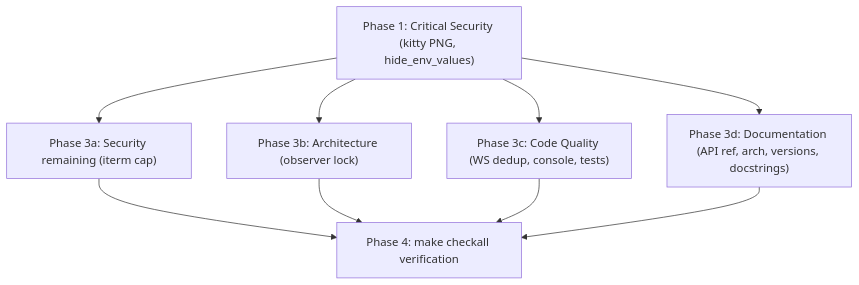
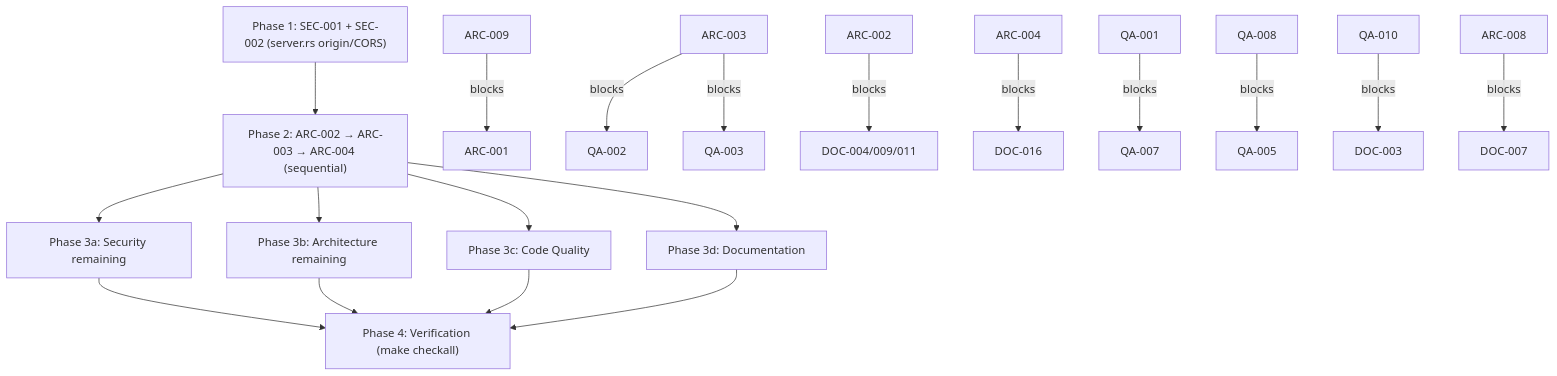
The diagram in AUDIT.md (paulrobello/par-term-emu-core-rust), drawn with Mermaid before and after one commit. The commit also changed other lines of this file and 8 other files, not shown here.

````diff
--- a/AUDIT.md
+++ b/AUDIT.md
@@ -287,12 +494,24 @@
 ```mermaid
 graph TD
-    P1["Phase 1: Critical Security (kitty PNG, hide_env_values)"]
-    P3a["Phase 3a: Security remaining (iterm cap)"]
-    P3b["Phase 3b: Architecture (observer lock)"]
-    P3c["Phase 3c: Code Quality (WS dedup, console, tests)"]
-    P3d["Phase 3d: Documentation (API ref, arch, versions, docstrings)"]
-    P4["Phase 4: make checkall verification"]
+    P1["Phase 1: SEC-001 + SEC-002 (server.rs origin/CORS)"]
+    P2["Phase 2: ARC-002 → ARC-003 → ARC-004 (sequential)"]
+    P3a["Phase 3a: Security remaining"]
+    P3b["Phase 3b: Architecture remaining"]
+    P3c["Phase 3c: Code Quality"]
+    P3d["Phase 3d: Documentation"]
+    P4["Phase 4: Verification (make checkall)"]
 
-    P1 --> P3a & P3b & P3c & P3d
+    P1 --> P2
+    P2 --> P3a & P3b & P3c & P3d
     P3a & P3b & P3c & P3d --> P4
+
+    ARC009["ARC-009"] -->|blocks| ARC001["ARC-001"]
+    ARC003["ARC-003"] -->|blocks| QA002["QA-002"]
+    ARC003 -->|blocks| QA003["QA-003"]
+    ARC002["ARC-002"] -->|blocks| DOC004["DOC-004/009/011"]
+    ARC004["ARC-004"] -->|blocks| DOC016["DOC-016"]
+    QA001["QA-001"] -->|blocks| QA007["QA-007"]
+    QA008["QA-008"] -->|blocks| QA005["QA-005"]
+    QA010["QA-010"] -->|blocks| DOC003["DOC-003"]
+    ARC008["ARC-008"] -->|blocks| DOC007["DOC-007"]
 ```
````
